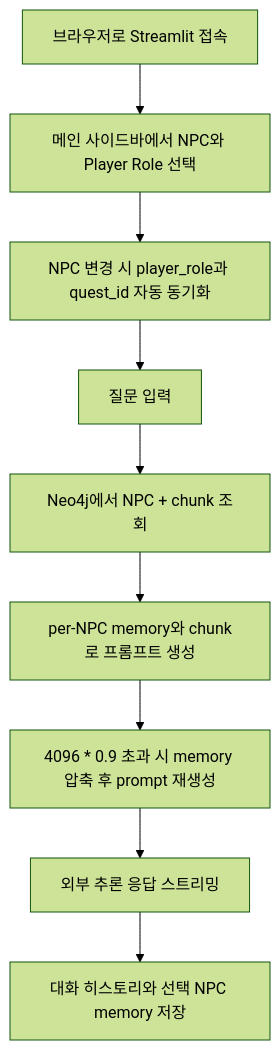
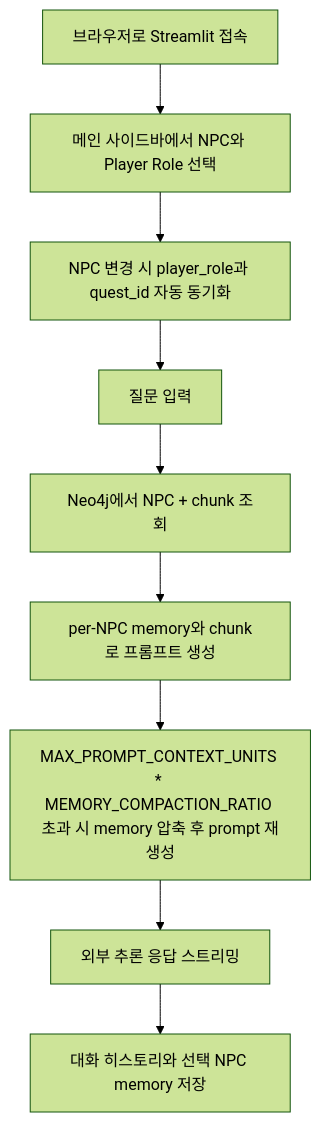
Before and after one commit to HRDI0/npc_persona: diagram 17 of 21 in docs/system_architecture.md, drawn with Mermaid (forest theme). The commit also changed other lines of this file and 31 other files, not shown here.

````diff
--- a/docs/system_architecture.md
+++ b/docs/system_architecture.md
@@ -768,14 +768,14 @@
 ```mermaid
 flowchart TD
     Open[브라우저로 Streamlit 접속]
     Select[메인 사이드바에서 NPC와 Player Role 선택]
     Sync[NPC 변경 시 player_role과 quest_id 자동 동기화]
     Ask[질문 입력]
     Retrieve[Neo4j에서 NPC + chunk 조회]
     Compose[per-NPC memory와 chunk로 프롬프트 생성]
-    Compact[4096 * 0.9 초과 시 memory 압축 후 prompt 재생성]
+    Compact[MAX_PROMPT_CONTEXT_UNITS * MEMORY_COMPACTION_RATIO 초과 시 memory 압축 후 prompt 재생성]
     Stream[외부 추론 응답 스트리밍]
     Save[대화 히스토리와 선택 NPC memory 저장]
 
     Open --> Select --> Sync --> Ask --> Retrieve --> Compose --> Compact --> Stream --> Save
 ```
````
